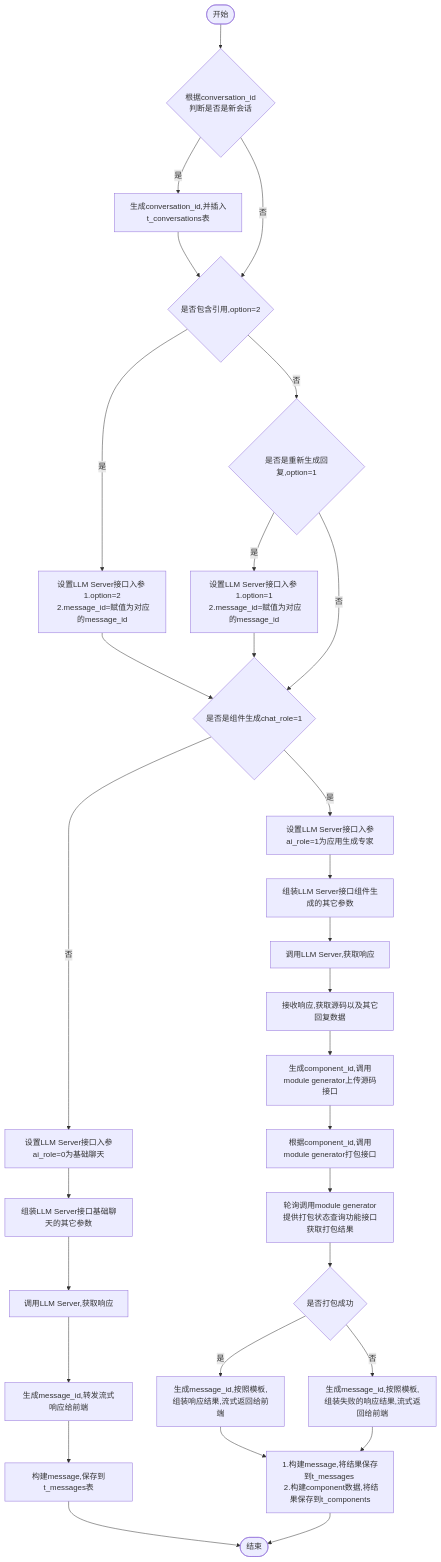
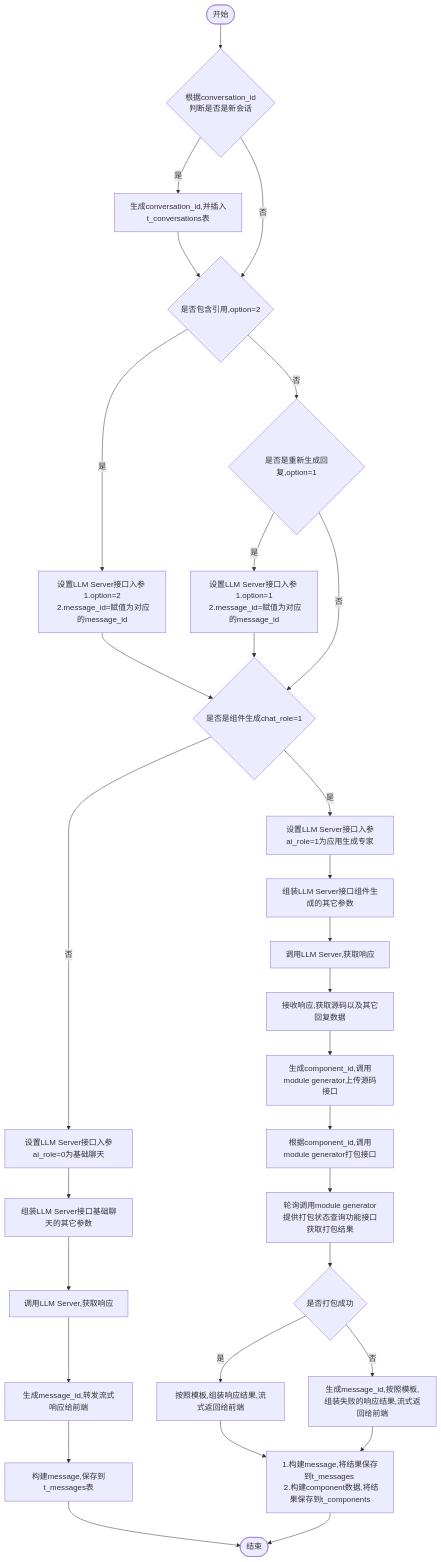
Before and after one commit to yingjianzh/iodraw-files: the diagram in all/w3-会话-不需要传递message.md, drawn with Mermaid.

Commit message:
2024-10-14 14:01:49 update

````diff
--- a/all/w3-会话-不需要传递message.md
+++ b/all/w3-会话-不需要传递message.md
@@ -1,36 +1,36 @@
 ```mermaid
 flowchart TD
     A([开始]) --> B{根据conversation_id \n 判断是否是新会话}
     B -- 是 --> C[生成conversation_id,并插入t_conversations表]
     C --> D
     B -- 否 --> D{是否包含引用,option=2}
     D -- 是 --> E[设置LLM Server接口入参 \n 1.option=2 \n 2.message_id=赋值为对应的message_id]
     D -- 否 --> F{是否是重新生成回复,option=1}
     F -- 是 --> G[设置LLM Server接口入参 \n 1.option=1 \n 2.message_id=赋值为对应的message_id]
     F -- 否 --> I
      
     E & G --> I{是否是组件生成chat_role=1}
     I -- 否 --> K[设置LLM Server接口入参ai_role=0为基础聊天]
     I -- 是 --> J[设置LLM Server接口入参ai_role=1为应用生成专家]
     
 
     J --> L[组装LLM Server接口组件生成的其它参数]    
     K --> M[组装LLM Server接口基础聊天的其它参数]    
     M --> N[调用LLM Server,获取响应]    
     N --> O[生成message_id,转发流式响应给前端]
     O --> P[构建message,保存到t_messages表]
     P --> R([结束])
 
 
     L --> S[调用LLM Server,获取响应]
     S --> T[接收响应,获取源码以及其它回复数据]
     T --> U[生成component_id,调用module generator上传源码接口]
     U --> V[根据component_id,调用module generator打包接口]
     V --> W[轮询调用module generator提供打包状态查询功能接口获取打包结果]
     W --> X{是否打包成功}
-    X -- 是 --> Y[生成message_id,按照模板,组装响应结果,流式返回给前端]
+    X -- 是 --> Y[按照模板,组装响应结果,流式返回给前端]
     X -- 否 --> Z[生成message_id,按照模板,组装失败的响应结果,流式返回给前端]
 
     Y & Z --> Result[1.构建message,将结果保存到t_messages \n 2.构建component数据,将结果保存到t_components]
     Result --> R
 ```
````
